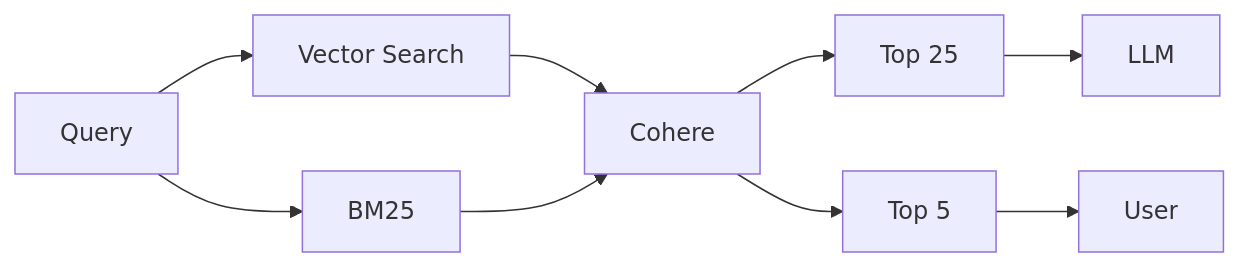
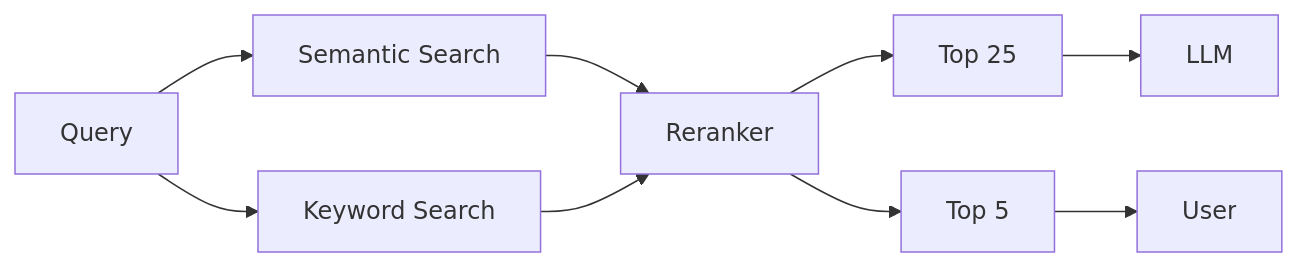
The second of 2 diagrams in docs/writing/posts/lgtmk.md (jxnl/blog), drawn with Mermaid before and after one commit. The commit also changed other lines of this file, not shown here.

````diff
--- a/docs/writing/posts/lgtmk.md
+++ b/docs/writing/posts/lgtmk.md
@@ -81,11 +81,11 @@
 ```mermaid
 graph LR
-    X[Query] --> A[BM25];
-    X --> B[Vector Search];
-    B --> C[Cohere]
-    A --> C[Cohere]
+    X[Query] --> A[Keyword Search];
+    X --> B[Semantic Search];
+    B --> C[Reranker]
+    A --> C[Reranker]
     C --> D[Top 25]
     C --> E[Top 5]
     D --> Y[LLM]
     E --> Z[User]
 ```
````
